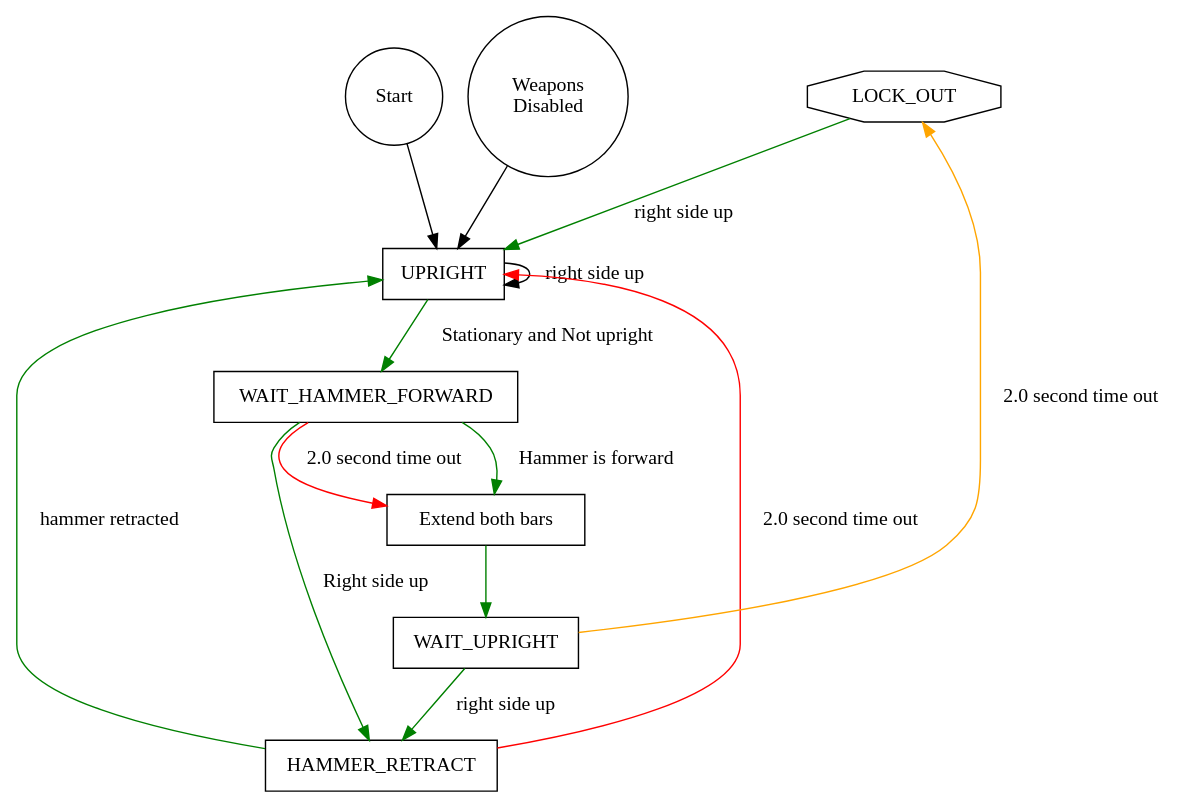
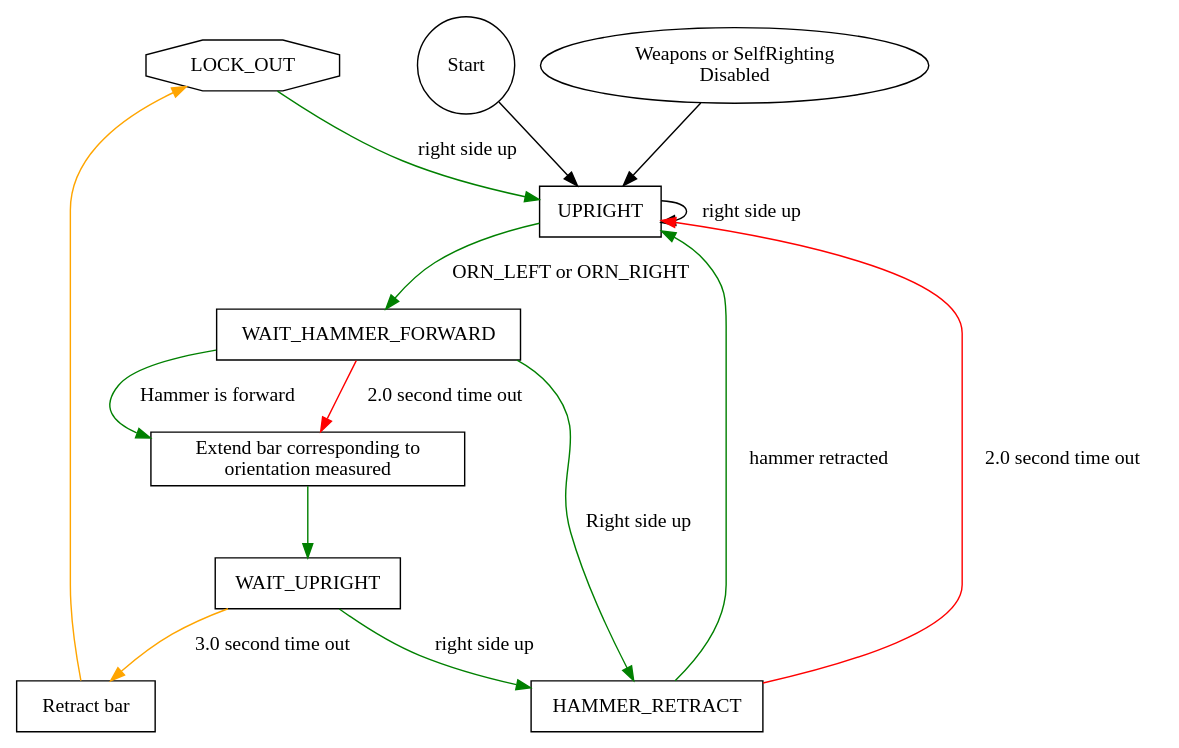
Before and after one commit to jaschalittle/Chomp: the diagram in arduino/chomp/selfright.dot, drawn with Graphviz. The commit also changed 1 other file, not shown here.

Commit message:
Update self-righting for orientation changes

```diff
--- a/arduino/chomp/selfright.dot
+++ b/arduino/chomp/selfright.dot
@@ -1,39 +1,42 @@
 digraph SelfRight {
 // UPRIGHT MOVE_HAMMER_FORWARD WAIT_STABLE SELF_RIGHT_LEFT
 // SELF_RIGHT_RIGHT WAIT_UPRIGHT HAMMER_RETRACT
 node [shape="box"];
 LOCK_OUT [shape="octagon"];
 
 Start [shape="circle"];
 Start -> UPRIGHT;
 
-Disable [shape="circle" label="Weapons\nDisabled"]
+Disable [shape="ellipse" label="Weapons or SelfRighting\nDisabled"]
 Disable -> UPRIGHT
 
-UPRIGHT -> WAIT_HAMMER_FORWARD [label="Stationary and Not upright"
+UPRIGHT -> WAIT_HAMMER_FORWARD [label="ORN_LEFT or ORN_RIGHT"
                                 color="green"];
 UPRIGHT -> UPRIGHT [label="right side up"];
 
 WAIT_HAMMER_FORWARD -> EXTEND [label="Hammer is forward"
                                      color="green"];
 WAIT_HAMMER_FORWARD -> EXTEND [label="2.0 second time out"
                                      color="red"];
 WAIT_HAMMER_FORWARD -> HAMMER_RETRACT [label="Right side up"
                                        color="green"]
 
 EXTEND -> WAIT_UPRIGHT [color="green"];
-EXTEND [label="Extend both bars"];
+EXTEND [label="Extend bar corresponding to\norientation measured"];
 
 WAIT_UPRIGHT -> HAMMER_RETRACT [label="right side up"
                                 color="green"];
-WAIT_UPRIGHT -> LOCK_OUT [label="2.0 second time out"
+WAIT_UPRIGHT -> GIVE_UP [label="3.0 second time out"
                           color="orange"];
+
+GIVE_UP [label="Retract bar"];
+GIVE_UP -> LOCK_OUT [color="orange"];
 
 HAMMER_RETRACT -> UPRIGHT [label="hammer retracted"
                            color="green"];
 HAMMER_RETRACT -> UPRIGHT [label="2.0 second time out"
                            color="red"];
 
 LOCK_OUT -> UPRIGHT [label="right side up"
                      color="green"];
 }
```
